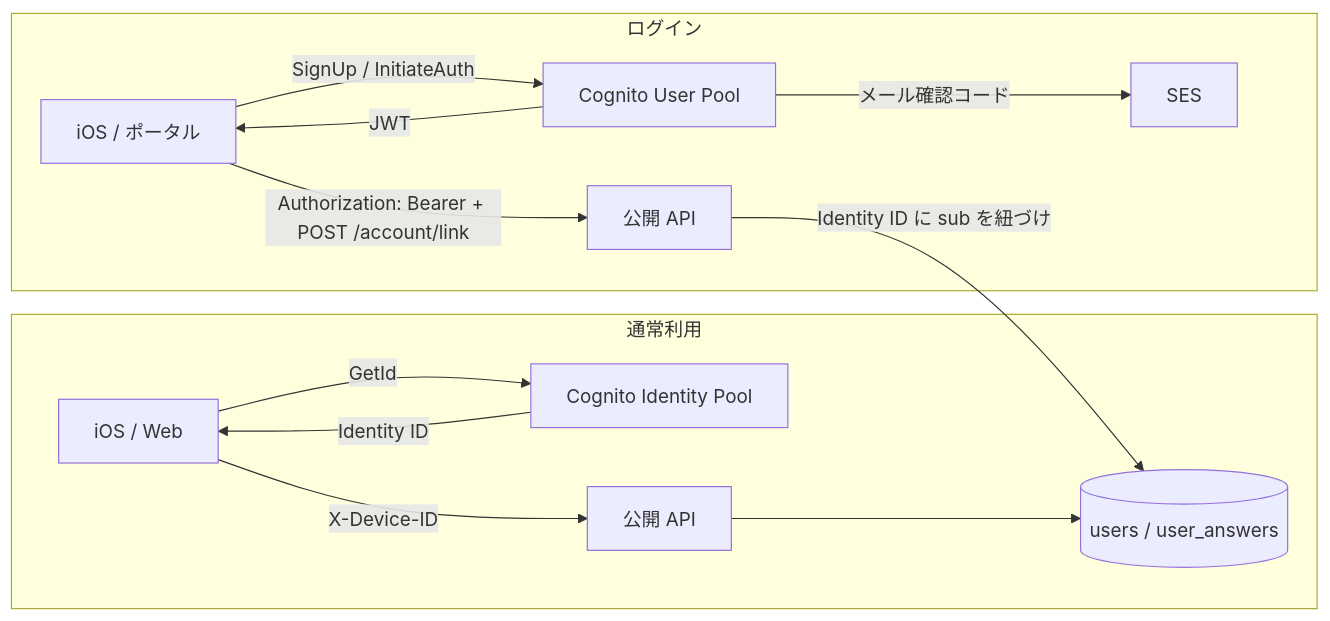
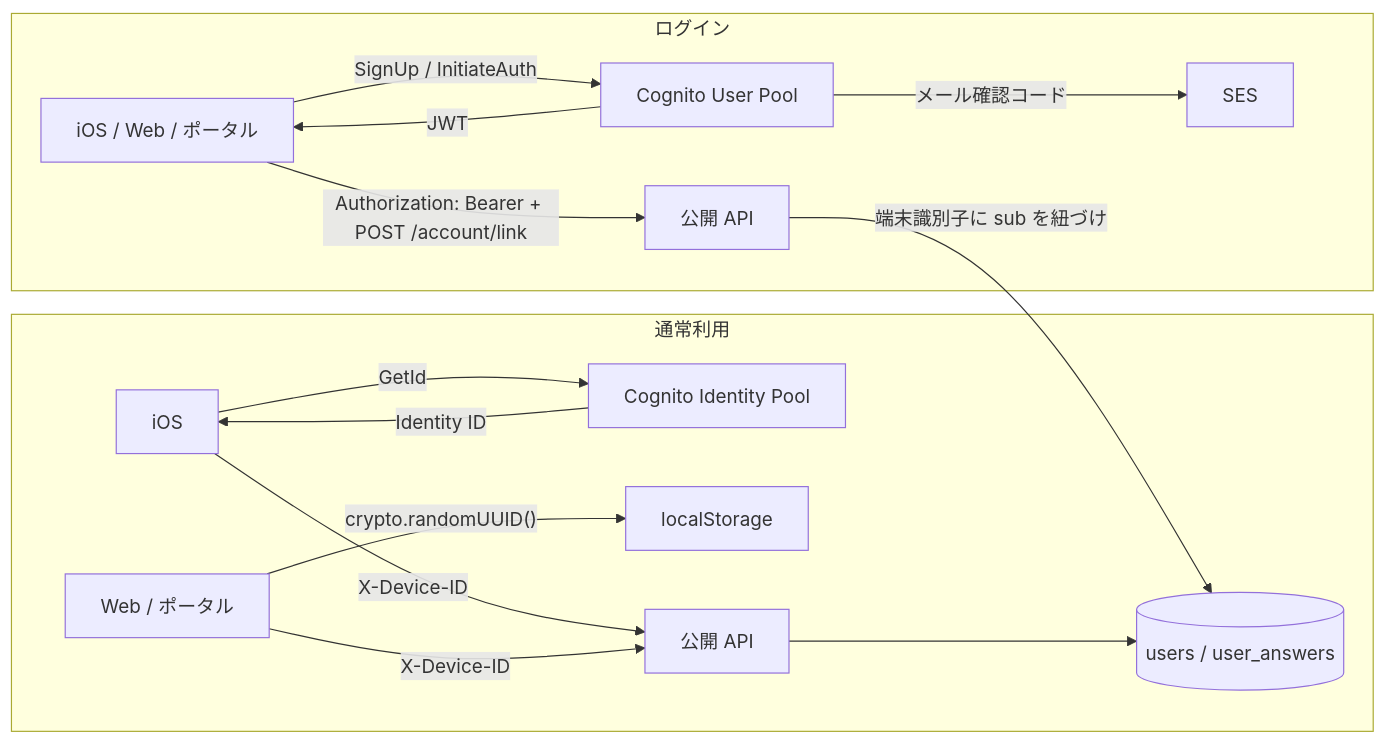
The third of 6 diagrams in docs/architecture.md (takoikatakotako/rikako), drawn with Mermaid before and after one commit. The commit also changed other lines of this file and 6 other files, not shown here.

````diff
--- a/docs/architecture.md
+++ b/docs/architecture.md
@@ -93,17 +93,19 @@
 ```mermaid
 graph LR
     subgraph 通常利用
-        App1[iOS / Web] -->|GetId| CIP[Cognito Identity Pool]
-        CIP -->|Identity ID| App1
-        App1 -->|X-Device-ID| API[公開 API]
+        IOS1[iOS] -->|GetId| CIP[Cognito Identity Pool]
+        CIP -->|Identity ID| IOS1
+        WEB1["Web / ポータル"] -->|"crypto.randomUUID()"| LS[localStorage]
+        IOS1 -->|X-Device-ID| API[公開 API]
+        WEB1 -->|X-Device-ID| API
         API --> DB[("users / user_answers")]
     end
 
     subgraph ログイン
-        App2[iOS / ポータル] -->|SignUp / InitiateAuth| CUP[Cognito User Pool]
+        App2["iOS / Web / ポータル"] -->|SignUp / InitiateAuth| CUP[Cognito User Pool]
         CUP -->|メール確認コード| SESx[SES]
         CUP -->|JWT| App2
         App2 -->|"Authorization: Bearer + POST /account/link"| API2[公開 API]
-        API2 -->|Identity ID に sub を紐づけ| DB
+        API2 -->|端末識別子に sub を紐づけ| DB
     end
 ```
````
